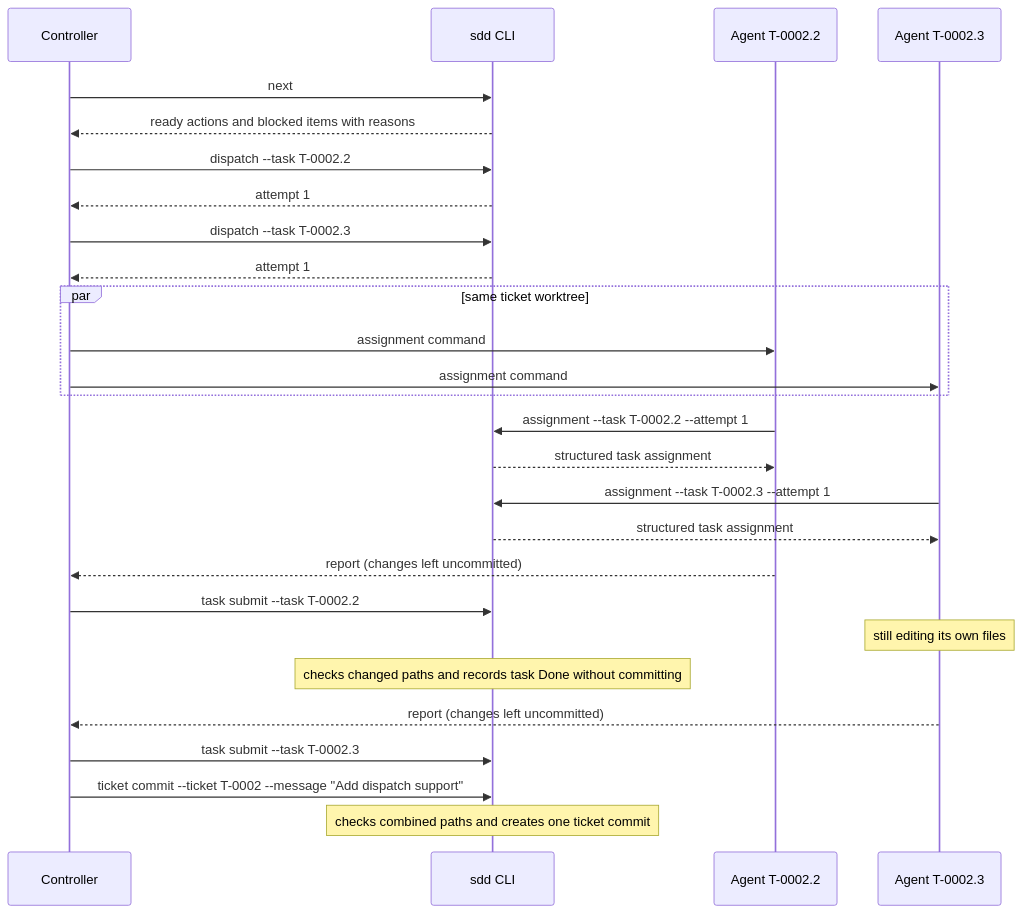
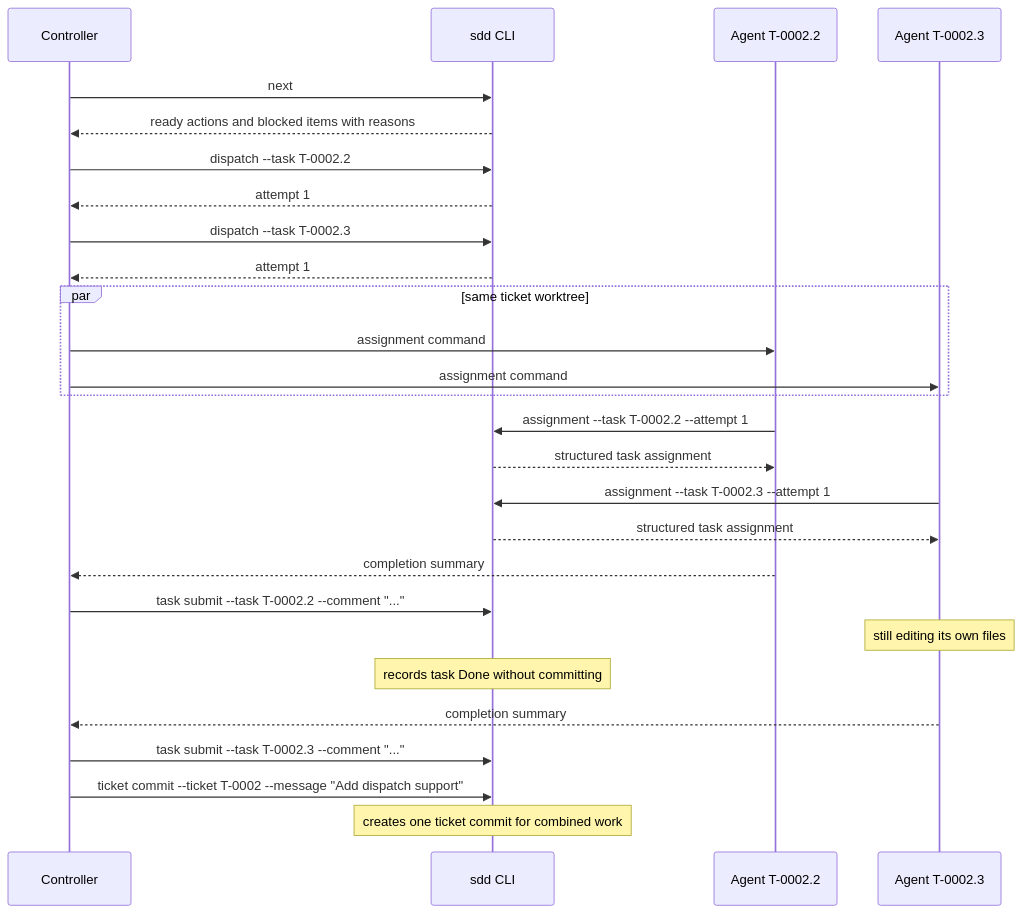
The third of 7 diagrams in SDD-WORKFLOWS.md (UseTheFork/spindle), drawn with Mermaid before and after one commit. The commit also changed other lines of this file and 9 other files, not shown here.

````diff
--- a/SDD-WORKFLOWS.md
+++ b/SDD-WORKFLOWS.md
@@ -263,29 +264,29 @@
 ```mermaid
 sequenceDiagram
     participant C as Controller
     participant CLI as sdd CLI
     participant W1 as Agent T-0002.2
     participant W2 as Agent T-0002.3
     C->>CLI: next
     CLI-->>C: ready actions and blocked items with reasons
     C->>CLI: dispatch --task T-0002.2
     CLI-->>C: attempt 1
     C->>CLI: dispatch --task T-0002.3
     CLI-->>C: attempt 1
     par same ticket worktree
         C->>W1: assignment command
         C->>W2: assignment command
     end
     W1->>CLI: assignment --task T-0002.2 --attempt 1
     CLI-->>W1: structured task assignment
     W2->>CLI: assignment --task T-0002.3 --attempt 1
     CLI-->>W2: structured task assignment
-    W1-->>C: report (changes left uncommitted)
-    C->>CLI: task submit --task T-0002.2
+    W1-->>C: completion summary
+    C->>CLI: task submit --task T-0002.2 --comment "..."
     Note over W2: still editing its own files
-    Note over CLI: checks changed paths and records task Done without committing
-    W2-->>C: report (changes left uncommitted)
-    C->>CLI: task submit --task T-0002.3
+    Note over CLI: records task Done without committing
+    W2-->>C: completion summary
+    C->>CLI: task submit --task T-0002.3 --comment "..."
     C->>CLI: ticket commit --ticket T-0002 --message "Add dispatch support"
-    Note over CLI: checks combined paths and creates one ticket commit
+    Note over CLI: creates one ticket commit for combined work
 ```
````
